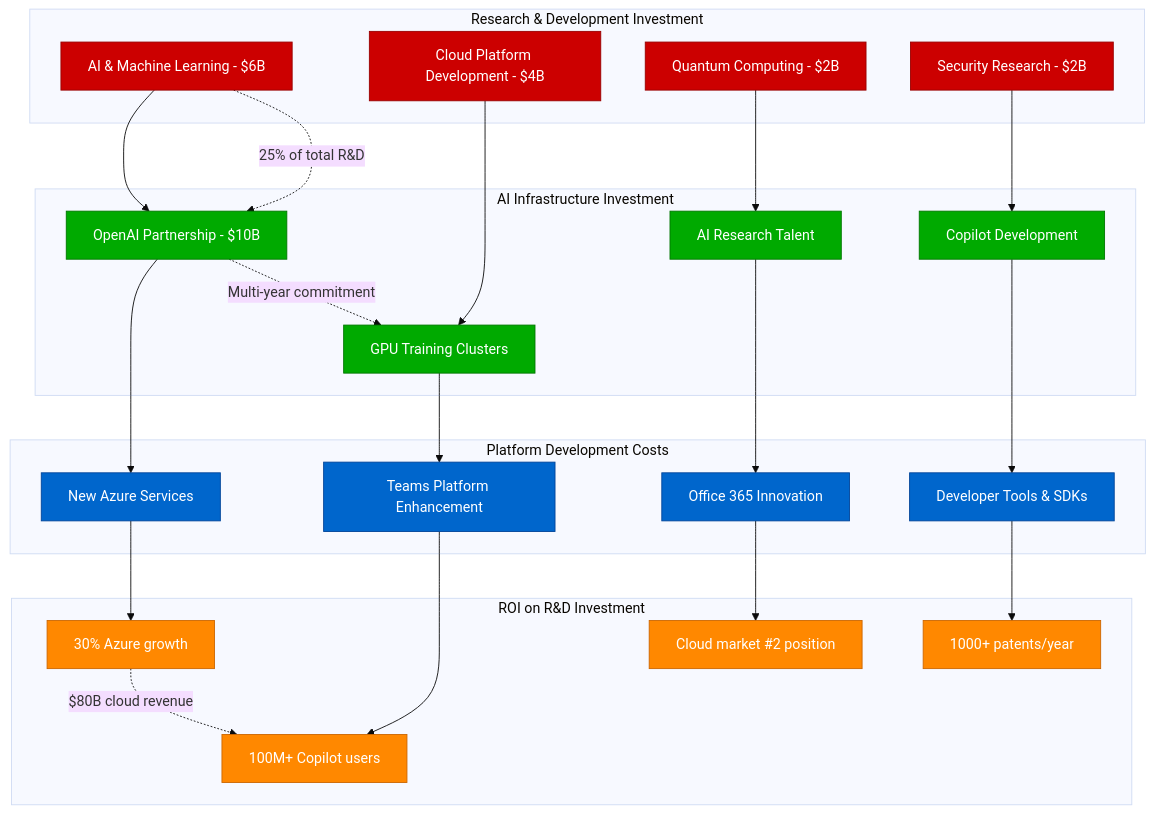
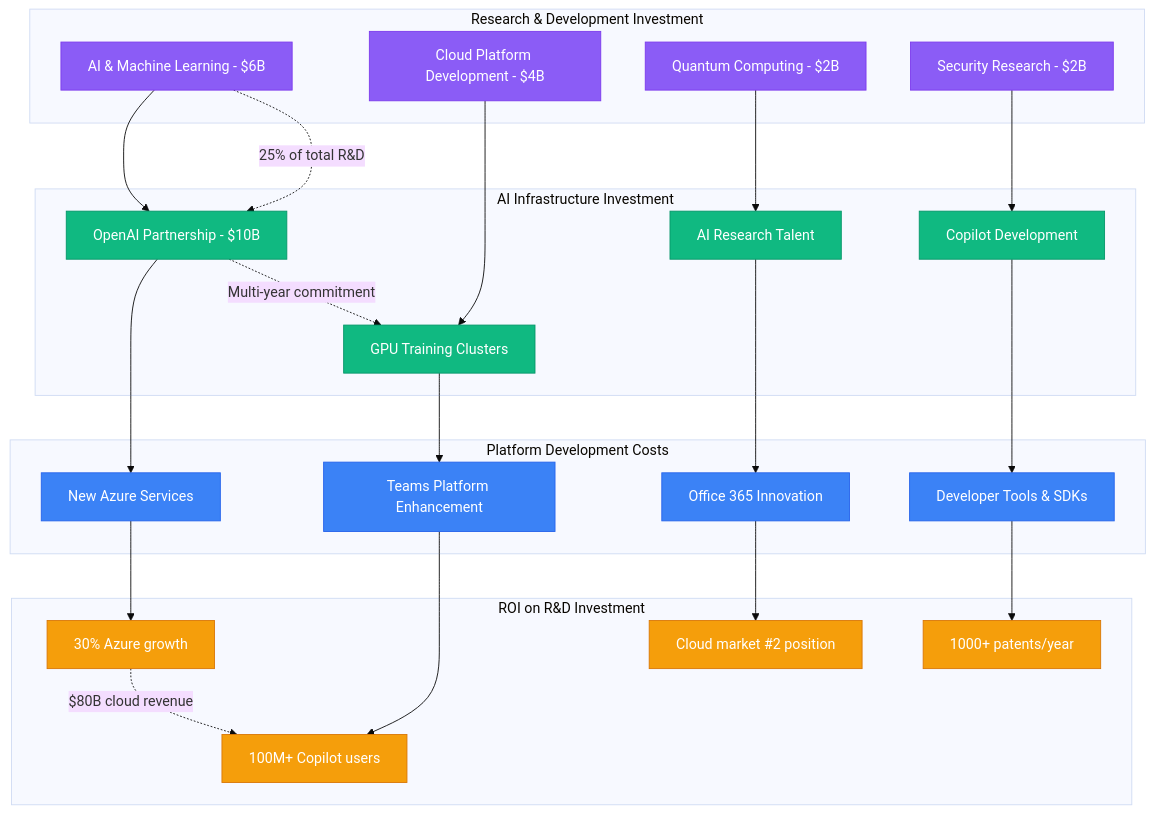
The fourth of 12 diagrams in site/docs/systems/microsoft/cost-breakdown.md (deepaucksharma/DS), drawn with Mermaid (base theme) before and after one commit. The commit also changed other lines of this file and 303 other files, not shown here.

````diff
--- a/site/docs/systems/microsoft/cost-breakdown.md
+++ b/site/docs/systems/microsoft/cost-breakdown.md
@@ -137,63 +137,63 @@
 ```mermaid
 graph TB
     subgraph ResearchInvestment[Research & Development Investment]
         AI_RESEARCH[AI & Machine Learning - $6B]
         CLOUD_PLATFORM[Cloud Platform Development - $4B]
         QUANTUM_COMPUTING[Quantum Computing - $2B]
         SECURITY_RESEARCH[Security Research - $2B]
     end
 
     subgraph AIInvestment[AI Infrastructure Investment]
         OPENAI_PARTNERSHIP[OpenAI Partnership - $10B]
         GPU_CLUSTERS[GPU Training Clusters]
         AI_TALENT[AI Research Talent]
         COPILOT_DEVELOPMENT[Copilot Development]
     end
 
     subgraph PlatformDevelopment[Platform Development Costs]
         AZURE_SERVICES[New Azure Services]
         TEAMS_ENHANCEMENT[Teams Platform Enhancement]
         OFFICE_INNOVATION[Office 365 Innovation]
         DEVELOPER_TOOLS[Developer Tools & SDKs]
     end
 
     subgraph ROIMetrics[ROI on R&D Investment]
         REVENUE_GROWTH[30% Azure growth]
         COPILOT_ADOPTION[100M+ Copilot users]
         MARKET_LEADERSHIP[Cloud market #2 position]
         INNOVATION_PIPELINE[1000+ patents/year]
     end
 
     %% Investment allocation
     AI_RESEARCH --> OPENAI_PARTNERSHIP
     CLOUD_PLATFORM --> GPU_CLUSTERS
     QUANTUM_COMPUTING --> AI_TALENT
     SECURITY_RESEARCH --> COPILOT_DEVELOPMENT
 
     %% Platform development
     OPENAI_PARTNERSHIP --> AZURE_SERVICES
     GPU_CLUSTERS --> TEAMS_ENHANCEMENT
     AI_TALENT --> OFFICE_INNOVATION
     COPILOT_DEVELOPMENT --> DEVELOPER_TOOLS
 
     %% ROI measurement
     AZURE_SERVICES --> REVENUE_GROWTH
     TEAMS_ENHANCEMENT --> COPILOT_ADOPTION
     OFFICE_INNOVATION --> MARKET_LEADERSHIP
     DEVELOPER_TOOLS --> INNOVATION_PIPELINE
 
     %% Investment metrics
     AI_RESEARCH -.->|"25% of total R&D"| OPENAI_PARTNERSHIP
     OPENAI_PARTNERSHIP -.->|"Multi-year commitment"| GPU_CLUSTERS
     REVENUE_GROWTH -.->|"$80B cloud revenue"| COPILOT_ADOPTION
 
-    classDef researchStyle fill:#CC0000,stroke:#990000,color:#fff
-    classDef aiStyle fill:#00AA00,stroke:#007700,color:#fff
-    classDef platformStyle fill:#0066CC,stroke:#004499,color:#fff
-    classDef roiStyle fill:#FF8800,stroke:#CC6600,color:#fff
+    classDef researchStyle fill:#8B5CF6,stroke:#7C3AED,color:#fff
+    classDef aiStyle fill:#10B981,stroke:#059669,color:#fff
+    classDef platformStyle fill:#3B82F6,stroke:#2563EB,color:#fff
+    classDef roiStyle fill:#F59E0B,stroke:#D97706,color:#fff
 
     class AI_RESEARCH,CLOUD_PLATFORM,QUANTUM_COMPUTING,SECURITY_RESEARCH researchStyle
     class OPENAI_PARTNERSHIP,GPU_CLUSTERS,AI_TALENT,COPILOT_DEVELOPMENT aiStyle
     class AZURE_SERVICES,TEAMS_ENHANCEMENT,OFFICE_INNOVATION,DEVELOPER_TOOLS platformStyle
     class REVENUE_GROWTH,COPILOT_ADOPTION,MARKET_LEADERSHIP,INNOVATION_PIPELINE roiStyle
 ```
````
